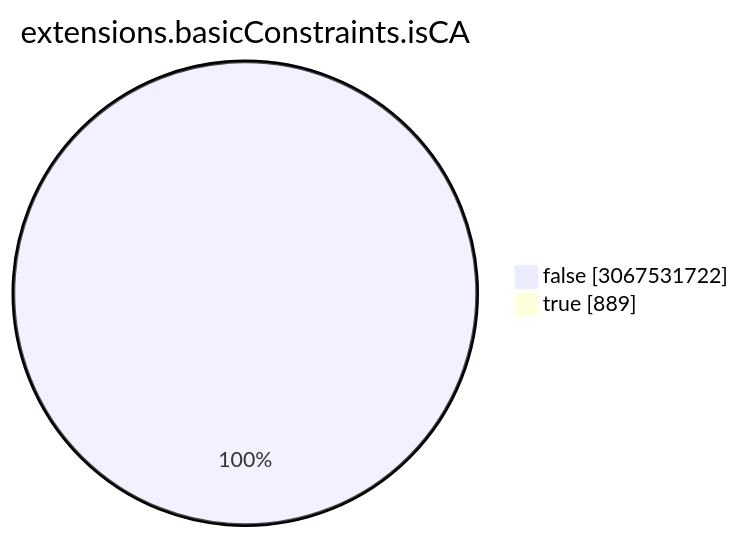
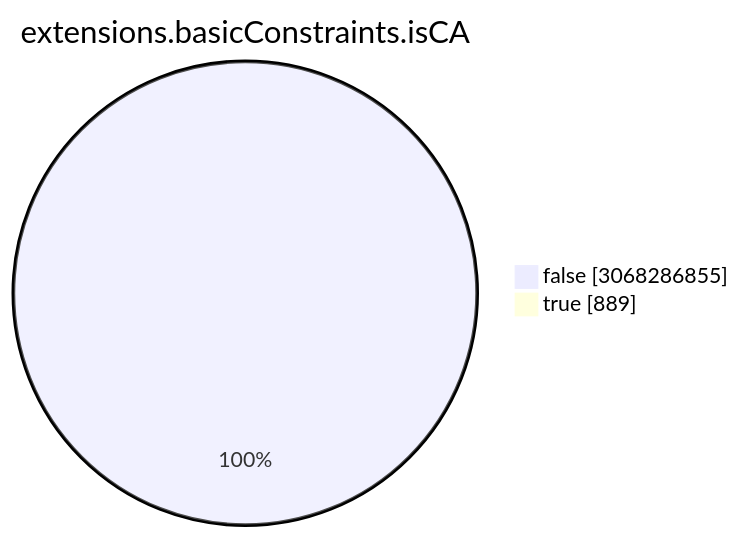
Before and after one commit to christiankrug/ctmonitor_visualization: the seventh of 15 diagrams in TOTAL/README.md, drawn with Mermaid. The commit also changed other lines of this file, not shown here.

````diff
--- a/TOTAL/README.md
+++ b/TOTAL/README.md
@@ -3086,6 +3086,6 @@
 ```mermaid
 pie showData
 title extensions.basicConstraints.isCA
-"false" :3067531722
+"false" :3068286855
 "true" :889
 ```
````
